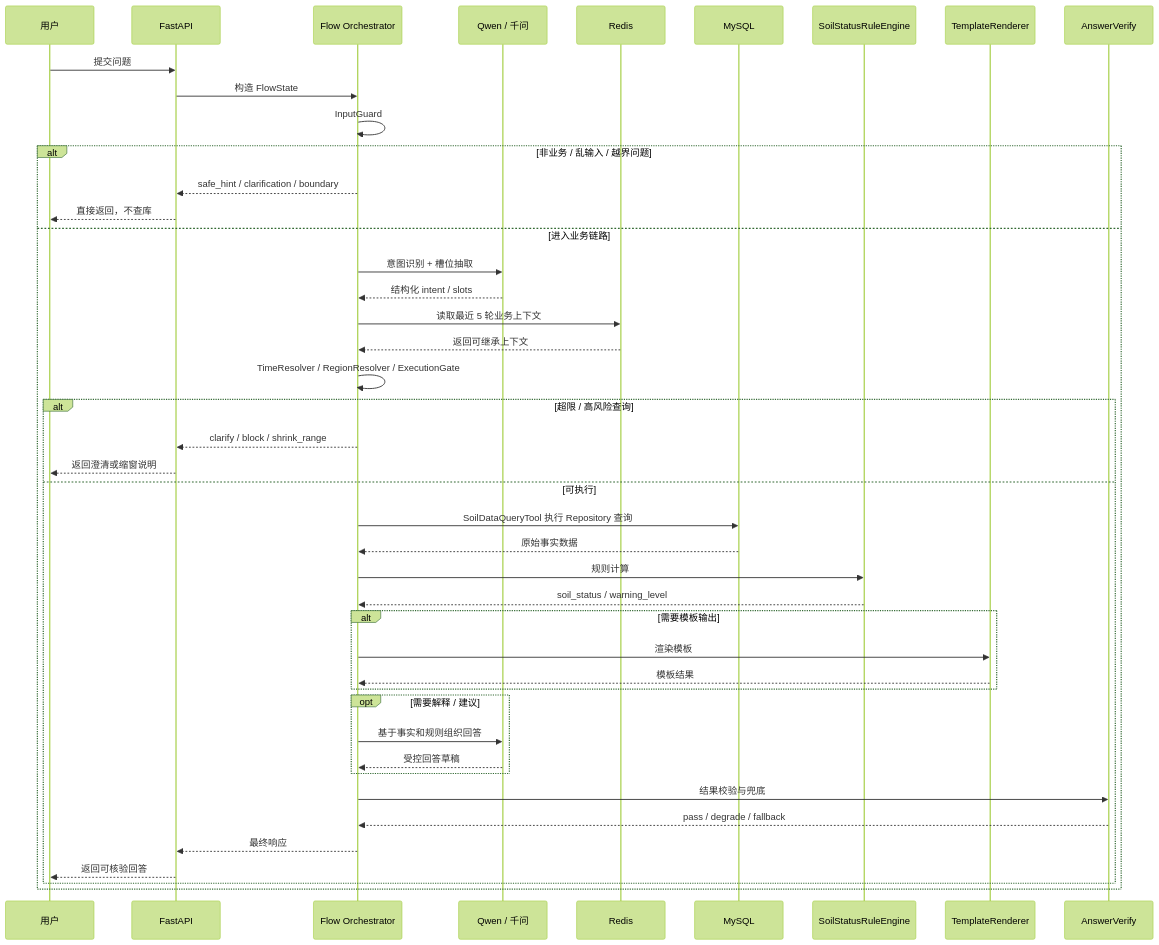
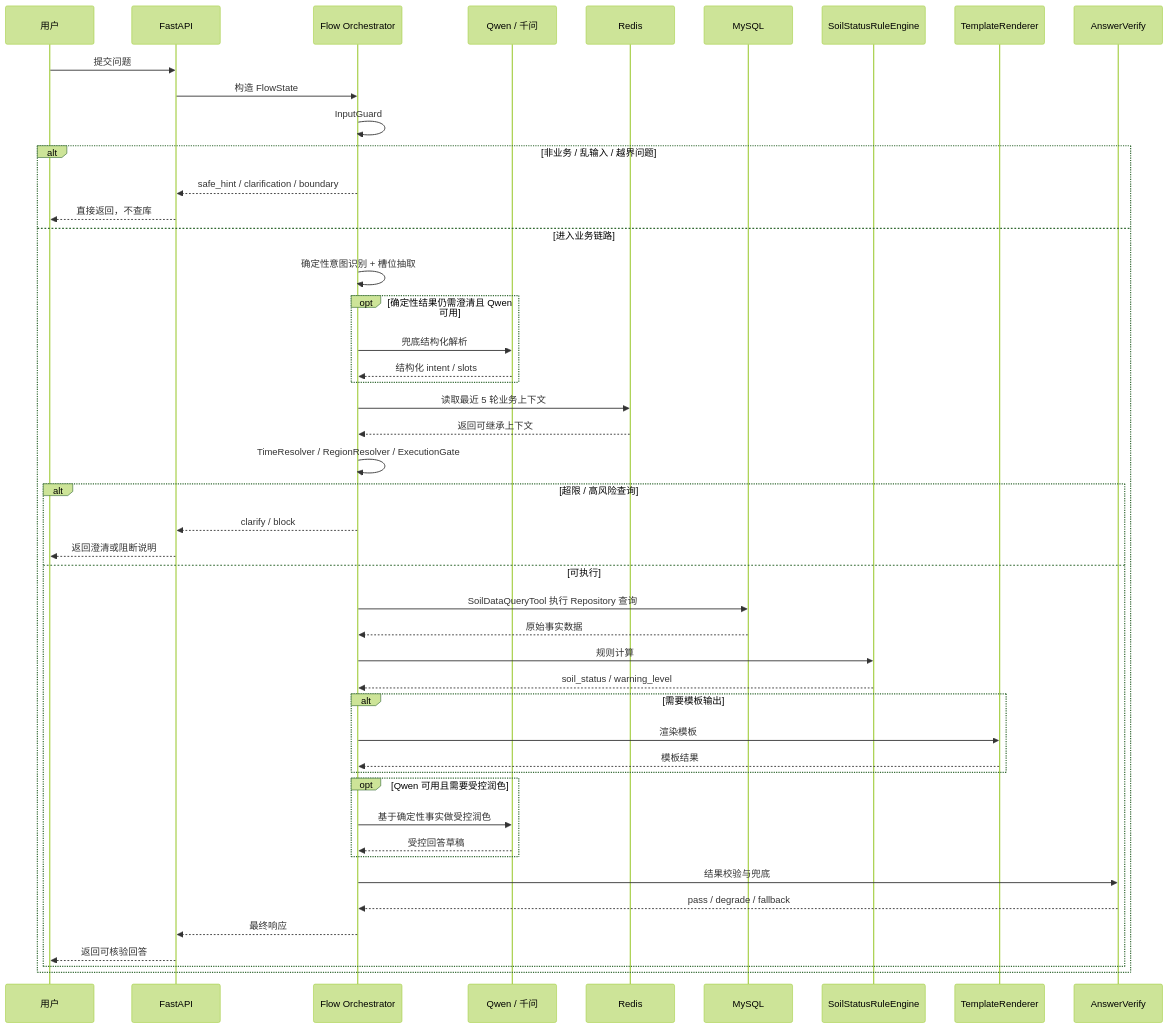
One commit to gago-project/smart-agriculture changed the second of 5 diagrams in apps/agent/plans/1/7.2026-04-20-soil-moisture-agent-system-design-diagram.md. Above: the diagram before and after it, drawn with Mermaid (forest theme). The commit also changed other lines of this file and 14 other files, not shown here.

````diff
--- a/apps/agent/plans/1/7.2026-04-20-soil-moisture-agent-system-design-diagram.md
+++ b/apps/agent/plans/1/7.2026-04-20-soil-moisture-agent-system-design-diagram.md
@@ -95,52 +95,55 @@
 ```mermaid
 sequenceDiagram
     participant U as 用户
     participant API as FastAPI
     participant FLOW as Flow Orchestrator
     participant QWEN as Qwen / 千问
     participant REDIS as Redis
     participant DB as MySQL
     participant RULE as SoilStatusRuleEngine
     participant TPL as TemplateRenderer
     participant VERIFY as AnswerVerify
 
     U->>API: 提交问题
     API->>FLOW: 构造 FlowState
     FLOW->>FLOW: InputGuard
 
     alt 非业务 / 乱输入 / 越界问题
         FLOW-->>API: safe_hint / clarification / boundary
         API-->>U: 直接返回，不查库
     else 进入业务链路
-        FLOW->>QWEN: 意图识别 + 槽位抽取
-        QWEN-->>FLOW: 结构化 intent / slots
+        FLOW->>FLOW: 确定性意图识别 + 槽位抽取
+        opt 确定性结果仍需澄清且 Qwen 可用
+            FLOW->>QWEN: 兜底结构化解析
+            QWEN-->>FLOW: 结构化 intent / slots
+        end
         FLOW->>REDIS: 读取最近 5 轮业务上下文
         REDIS-->>FLOW: 返回可继承上下文
         FLOW->>FLOW: TimeResolver / RegionResolver / ExecutionGate
 
         alt 超限 / 高风险查询
-            FLOW-->>API: clarify / block / shrink_range
-            API-->>U: 返回澄清或缩窗说明
+            FLOW-->>API: clarify / block
+            API-->>U: 返回澄清或阻断说明
         else 可执行
             FLOW->>DB: SoilDataQueryTool 执行 Repository 查询
             DB-->>FLOW: 原始事实数据
             FLOW->>RULE: 规则计算
             RULE-->>FLOW: soil_status / warning_level
 
             alt 需要模板输出
                 FLOW->>TPL: 渲染模板
                 TPL-->>FLOW: 模板结果
             end
 
-            opt 需要解释 / 建议
-                FLOW->>QWEN: 基于事实和规则组织回答
+            opt Qwen 可用且需要受控润色
+                FLOW->>QWEN: 基于确定性事实做受控润色
                 QWEN-->>FLOW: 受控回答草稿
             end
 
             FLOW->>VERIFY: 结果校验与兜底
             VERIFY-->>FLOW: pass / degrade / fallback
             FLOW-->>API: 最终响应
             API-->>U: 返回可核验回答
         end
     end
 ```
````
